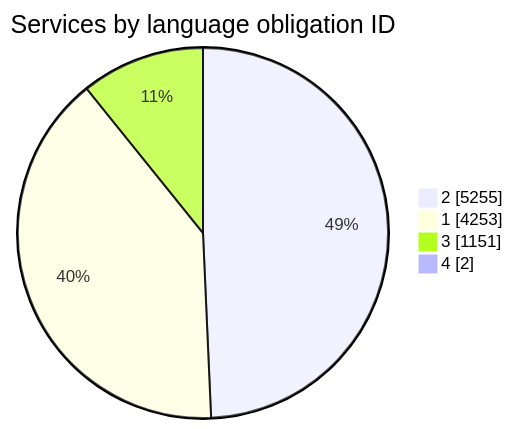
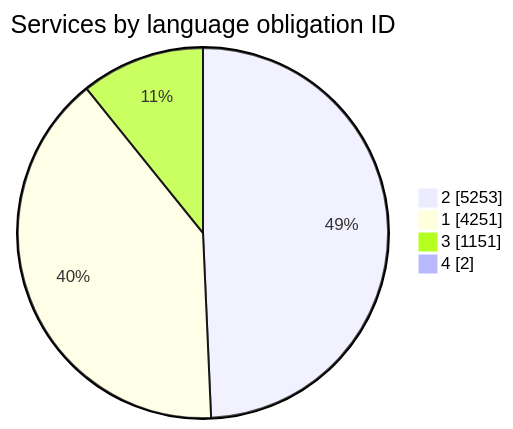
One commit to PatLittle/test changed the second of 3 diagrams in burolis/README.md. Above: the diagram before and after it, drawn with Mermaid. The commit also changed other lines of this file and 6 other files, not shown here.

````diff
--- a/burolis/README.md
+++ b/burolis/README.md
@@ -90,8 +90,8 @@
 ```mermaid
 pie showData
     title Services by language obligation ID
-    "2" : 5255
-    "1" : 4253
+    "2" : 5253
+    "1" : 4251
     "3" : 1151
     "4" : 2
 ```
````
